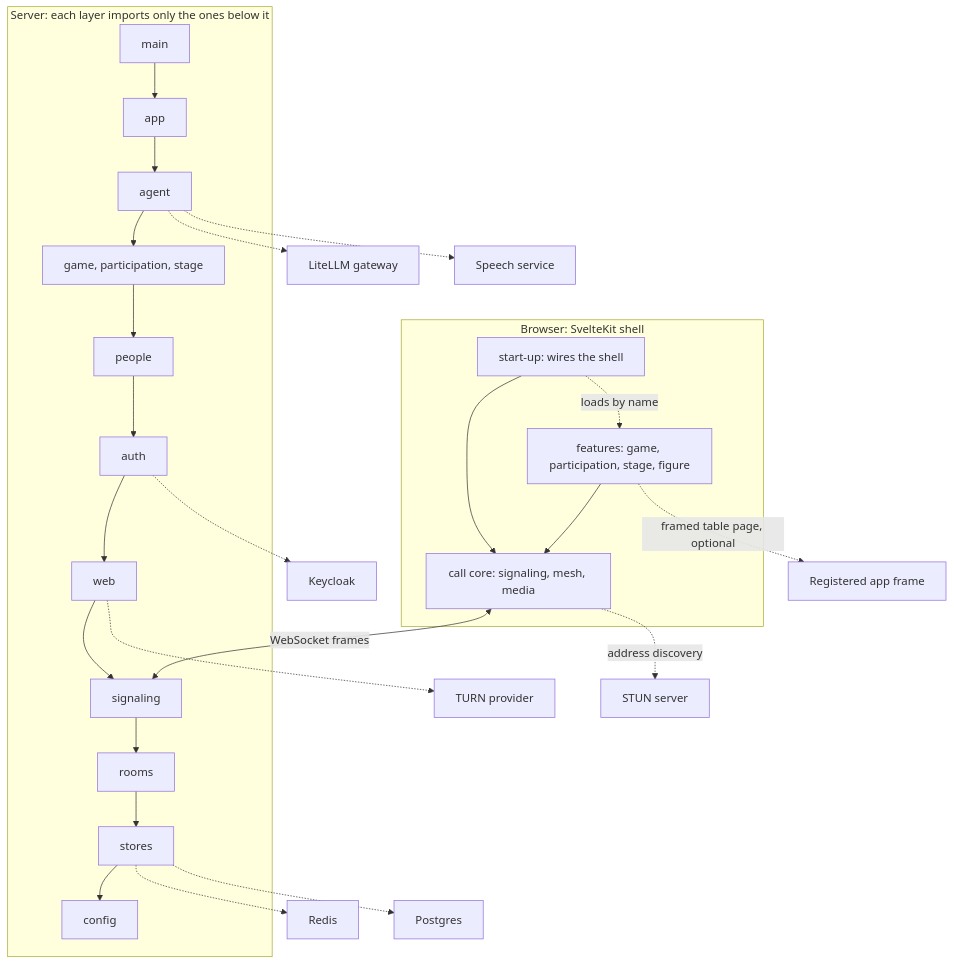
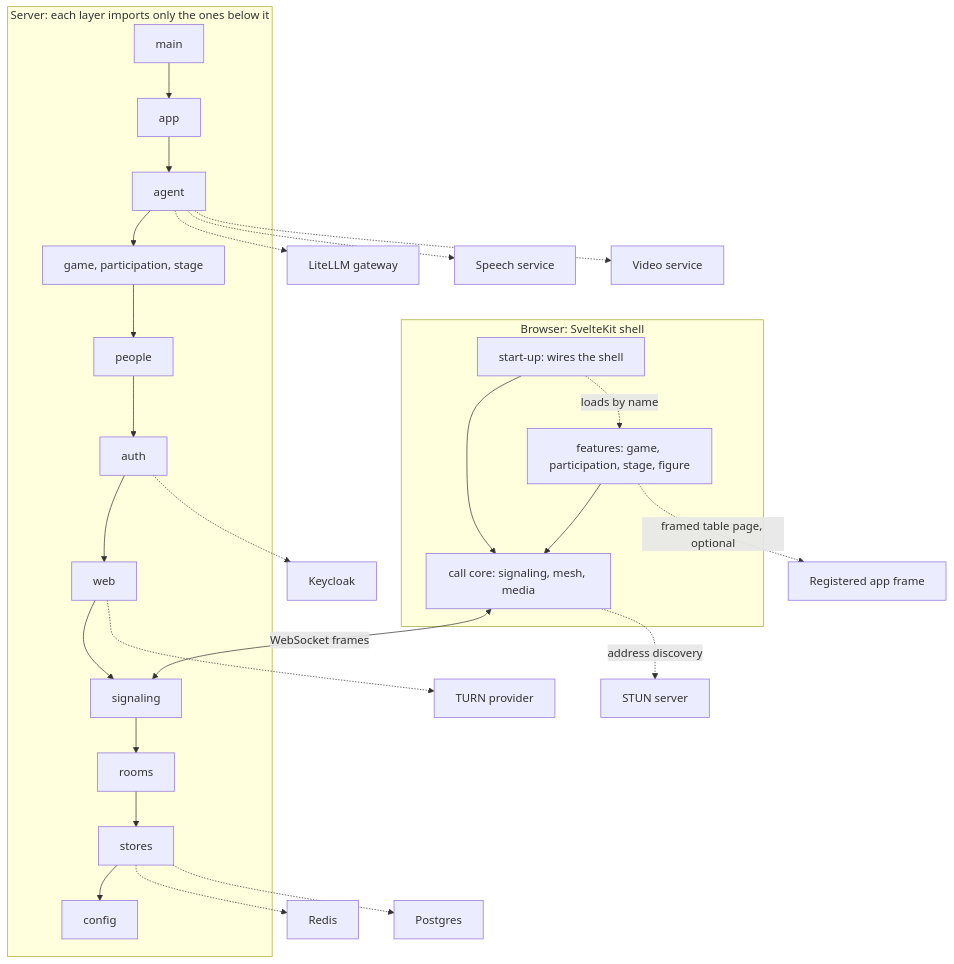
The second of 4 diagrams in docs/ARCHITECTURE.md (overnightworks/hopin), drawn with Mermaid before and after one commit. The commit also changed other lines of this file and 29 other files, not shown here.

````diff
--- a/docs/ARCHITECTURE.md
+++ b/docs/ARCHITECTURE.md
@@ -35,21 +36,22 @@
 ```mermaid
 flowchart TB
     subgraph browser["Browser: SvelteKit shell"]
         shell["start-up: wires the shell"] --> core["call core: signaling, mesh, media"]
         shell -. "loads by name" .-> feats["features: game, participation, stage, figure"]
         feats --> core
     end
     core <-- "WebSocket frames" --> sig
     core -. "address discovery" .-> ST[STUN server]
     feats -. "framed table page, optional" .-> SK[Registered app frame]
     subgraph server["Server: each layer imports only the ones below it"]
         main --> app --> agent --> features --> people --> auth --> web --> sig[signaling] --> rooms --> stores --> config
         features["game, participation, stage"]
     end
     auth -.-> KC[Keycloak]
     stores -.-> RD[Redis]
     stores -.-> PG[Postgres]
     agent -.-> LL[LiteLLM gateway]
     agent -.-> SP[Speech service]
+    agent -.-> VS[Video service]
     web -.-> TU[TURN provider]
 ```
````
